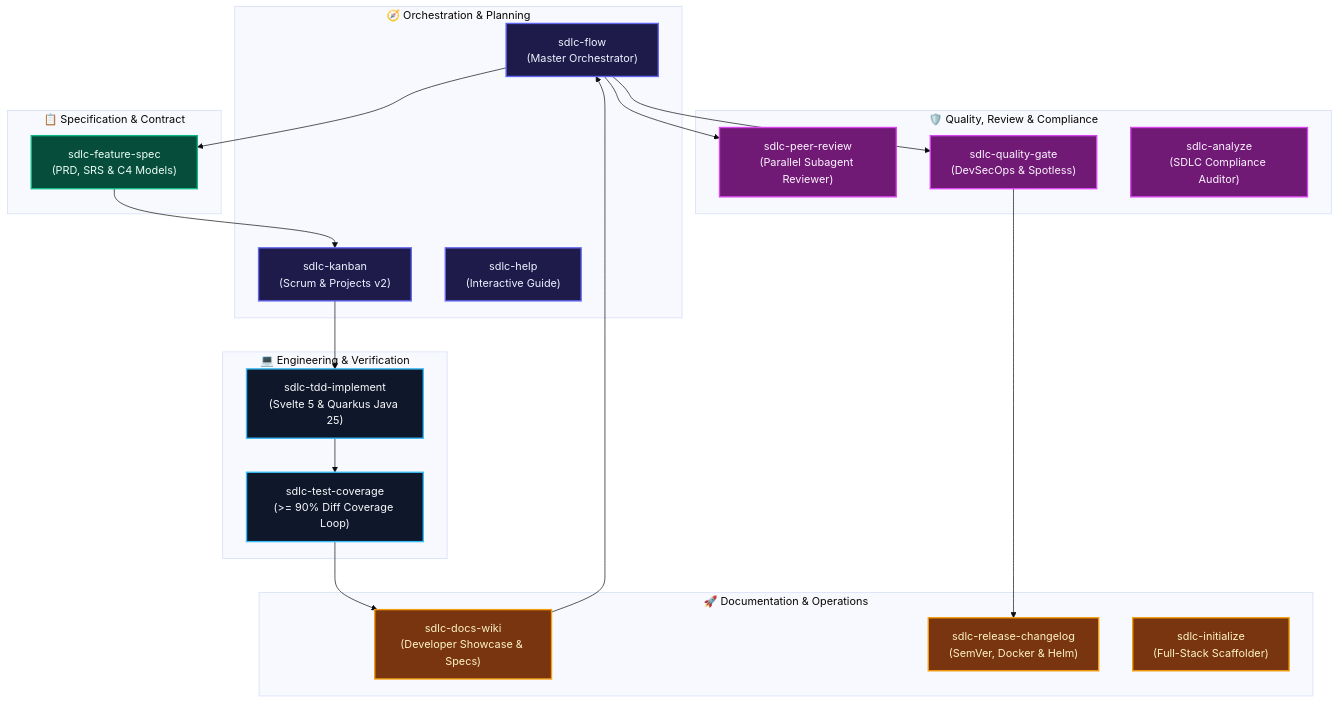
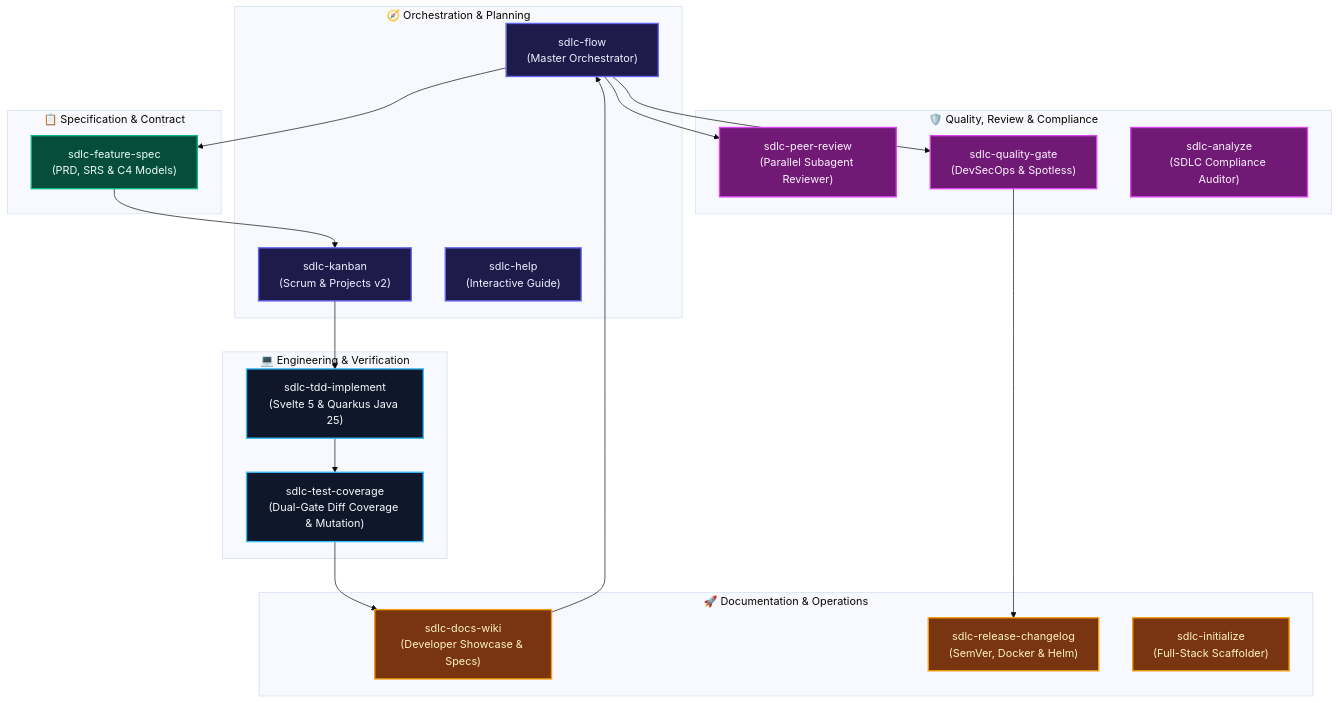
The diagram in wiki/Skills-Reference.md (fmatar/sealit), drawn with Mermaid (base theme) before and after one commit. The commit also changed other lines of this file and 26 other files, not shown here.

Commit message:
feat: universal stack discovery engine, Uncle Bob test suite, and 100% traceability architecture

````diff
--- a/wiki/Skills-Reference.md
+++ b/wiki/Skills-Reference.md
@@ -9,45 +9,45 @@
 ```mermaid
 flowchart TD
     classDef orch fill:#1E1B4B,stroke:#6366F1,stroke-width:2px,color:#EEF2FF
     classDef spec fill:#064E3B,stroke:#10B981,stroke-width:2px,color:#ECFDF5
     classDef code fill:#0F172A,stroke:#38BDF8,stroke-width:2px,color:#F8FAFC
     classDef gate fill:#701A75,stroke:#D946EF,stroke-width:2px,color:#FDF4FF
     classDef ops fill:#78350F,stroke:#F59E0B,stroke-width:2px,color:#FEF3C7
 
     subgraph OrchestrationDomain ["🧭 Orchestration & Planning"]
         Flow["sdlc-flow<br/>(Master Orchestrator)"]:::orch
         Kanban["sdlc-kanban<br/>(Scrum & Projects v2)"]:::orch
         Help["sdlc-help<br/>(Interactive Guide)"]:::orch
     end
 
     subgraph ArchitectureDomain ["📋 Specification & Contract"]
         Spec["sdlc-feature-spec<br/>(PRD, SRS & C4 Models)"]:::spec
     end
 
     subgraph EngineeringDomain ["💻 Engineering & Verification"]
         TDD["sdlc-tdd-implement<br/>(Svelte 5 & Quarkus Java 25)"]:::code
-        Coverage["sdlc-test-coverage<br/>(>= 90% Diff Coverage Loop)"]:::code
+        Coverage["sdlc-test-coverage<br/>(Dual-Gate Diff Coverage & Mutation)"]:::code
     end
 
     subgraph GovernanceDomain ["🛡️ Quality, Review & Compliance"]
         Review["sdlc-peer-review<br/>(Parallel Subagent Reviewer)"]:::gate
         Gate["sdlc-quality-gate<br/>(DevSecOps & Spotless)"]:::gate
         Audit["sdlc-analyze<br/>(SDLC Compliance Auditor)"]:::gate
     end
 
     subgraph ReleaseDomain ["🚀 Documentation & Operations"]
         Docs["sdlc-docs-wiki<br/>(Developer Showcase & Specs)"]:::ops
         Release["sdlc-release-changelog<br/>(SemVer, Docker & Helm)"]:::ops
         Init["sdlc-initialize<br/>(Full-Stack Scaffolder)"]:::ops
     end
 
     Flow --> Spec
     Spec --> Kanban
     Kanban --> TDD
     TDD --> Coverage
     Coverage --> Docs
     Docs --> Flow
     Flow --> Review
     Flow --> Gate
     Gate --> Release
 ```
````
